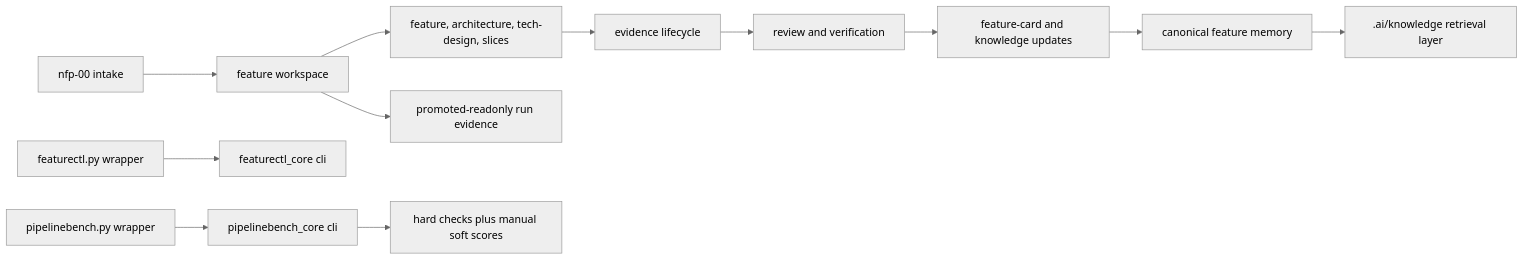
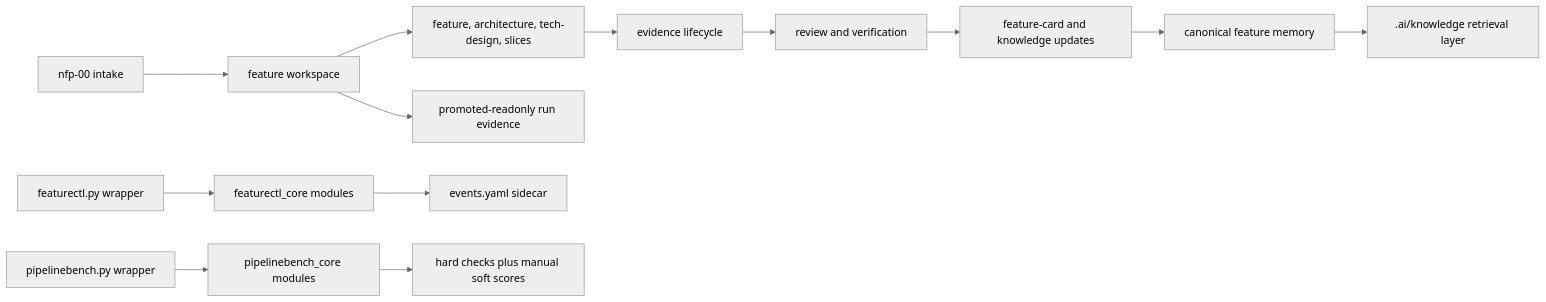
Before and after one commit to Vetin/pipe: the diagram in .ai/knowledge/architecture-overview.md, drawn with Mermaid (neutral theme). The commit also changed other lines of this file and 78 other files, not shown here.

````diff
--- a/.ai/knowledge/architecture-overview.md
+++ b/.ai/knowledge/architecture-overview.md
@@ -31,14 +35,15 @@
 ```mermaid
 flowchart LR
   Intake[nfp-00 intake] --> Workspace[feature workspace]
   Workspace --> Planning[feature, architecture, tech-design, slices]
   Planning --> Evidence[evidence lifecycle]
   Evidence --> Review[review and verification]
   Review --> Finish[feature-card and knowledge updates]
   Finish --> Canonical[canonical feature memory]
   Canonical --> Knowledge[.ai/knowledge retrieval layer]
   Workspace --> Readonly[promoted-readonly run evidence]
-  FeatureCtl[featurectl.py wrapper] --> FeatureCtlCore[featurectl_core cli]
-  Bench[pipelinebench.py wrapper] --> BenchCore[pipelinebench_core cli]
+  FeatureCtl[featurectl.py wrapper] --> FeatureCtlCore[featurectl_core modules]
+  FeatureCtlCore --> Events[events.yaml sidecar]
+  Bench[pipelinebench.py wrapper] --> BenchCore[pipelinebench_core modules]
   BenchCore --> Score[hard checks plus manual soft scores]
 ```
````
